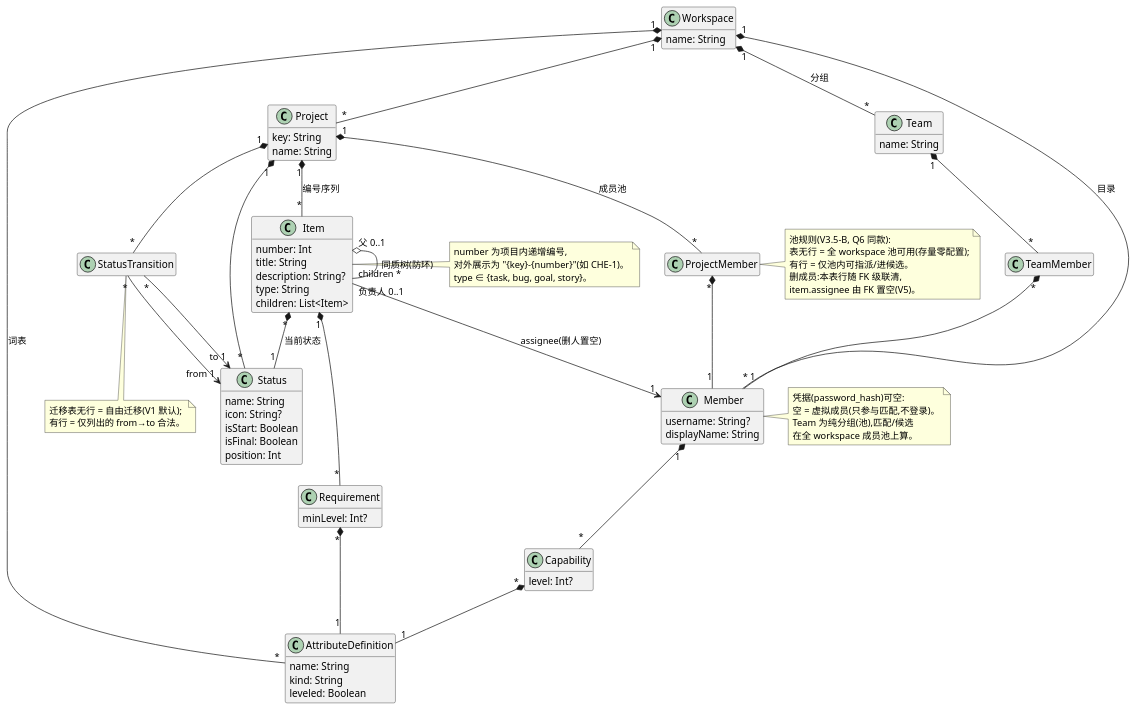
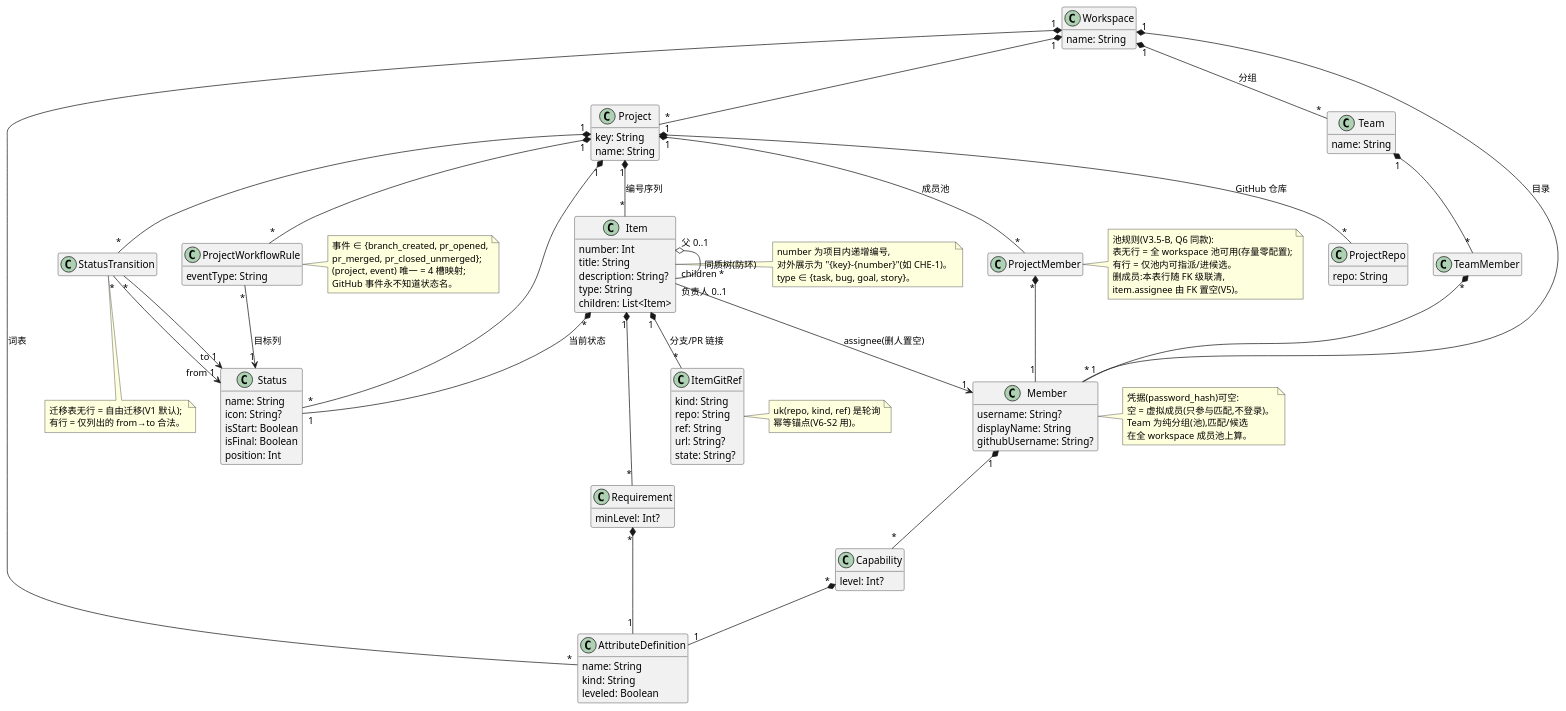
The diagram in docs/architecture/entities.puml (jcwhmn/yangzhou), drawn with PlantUML before and after one commit. The commit also changed 10 other files, not shown here.

Commit message:
JCW-110: V6-S1 GitHub 集成配置面——V12 migration(workspace PAT/member.github_username/project_repo/item_git_ref/project_workflow_rule)+ 配置 API(token 尾4位回显/仓库 CRUD/事件→状态 4 槽映射/github_username)+ 5 黑盒测试;附 V6 spec(0004)与 entities.puml 同步

```diff
--- a/docs/architecture/entities.puml
+++ b/docs/architecture/entities.puml
@@ -1,101 +1,129 @@
 @startuml
 hide empty members
-' yangzhou.persistence — schema 实体概念图(V1__core.sql + V2__workflow.sql)
+' yangzhou.persistence — schema 实体概念图(V1__core.sql + V2__workflow.sql + V12__github_config.sql)
 ' 只画领域字段;infra(id/objectId/createdAt/updatedAt/passwordHash/lastItemNumber)不画;
 ' parentId 不画,反转为父侧 children(List)。真相源是 Flyway schema:改表必须同步此图(AGENTS.md「类图」)。
 hide empty members
 skinparam classAttributeIconSize 0
 
 class Workspace {
   name: String
 }
 class Member {
   username: String?
   displayName: String
+  githubUsername: String?
 }
 class AttributeDefinition {
   name: String
   kind: String
   leveled: Boolean
 }
 class Capability {
   level: Int?
 }
 class Project {
   key: String
   name: String
 }
 class ProjectMember
 class Status {
   name: String
   icon: String?
   isStart: Boolean
   isFinal: Boolean
   position: Int
 }
 class StatusTransition
+class ProjectRepo {
+  repo: String
+}
+class ItemGitRef {
+  kind: String
+  repo: String
+  ref: String
+  url: String?
+  state: String?
+}
+class ProjectWorkflowRule {
+  eventType: String
+}
 class Team {
   name: String
 }
 class Item {
   number: Int
   title: String
   description: String?
   type: String
   children: List<Item>
 }
 class Requirement {
   minLevel: Int?
 }
 
 Workspace "1" *-- "*" Member : 目录
 Workspace "1" *-- "*" AttributeDefinition : 词表
 Workspace "1" *-- "*" Team : 分组
 Team "1" *-- "*" TeamMember
 TeamMember "*" *-- "1" Member
 
 Workspace "1" *-- "*" Project
 
 Member "1" *-- "*" Capability
 Capability "*" *-- "1" AttributeDefinition
 
 Project "1" *-- "*" Item : 编号序列
 Project "1" *-- "*" Status
 Project "1" *-- "*" StatusTransition
 Project "1" *-- "*" ProjectMember : 成员池
+Project "1" *-- "*" ProjectRepo : GitHub 仓库
+Project "1" *-- "*" ProjectWorkflowRule
+ProjectWorkflowRule "*" --> "1" Status : 目标列
+Item "1" *-- "*" ItemGitRef : 分支/PR 链接
 ProjectMember "*" *-- "1" Member
 
 note right of ProjectMember
   池规则(V3.5-B, Q6 同款):
   表无行 = 全 workspace 池可用(存量零配置);
   有行 = 仅池内可指派/进候选。
   删成员:本表行随 FK 级联清,
   item.assignee 由 FK 置空(V5)。
 end note
 
 Item "父 0..1" o-- "children *" Item : 同质树(防环)
 
 Item "负责人 0..1" --> "1" Member : assignee(删人置空)
 Item "*" *-- "1" Status : 当前状态
 Item "1" *-- "*" Requirement
 Requirement "*" *-- "1" AttributeDefinition
 
 StatusTransition "*" --> "from 1" Status
 StatusTransition "*" --> "to 1" Status
 
+note right of ProjectWorkflowRule
+  事件 ∈ {branch_created, pr_opened,
+  pr_merged, pr_closed_unmerged};
+  (project, event) 唯一 = 4 槽映射;
+  GitHub 事件永不知道状态名。
+end note
+note right of ItemGitRef
+  uk(repo, kind, ref) 是轮询
+  幂等锚点(V6-S2 用)。
+end note
 note bottom of StatusTransition
   迁移表无行 = 自由迁移(V1 默认);
   有行 = 仅列出的 from→to 合法。
 end note
 note right of Member
   凭据(password_hash)可空:
   空 = 虚拟成员(只参与匹配,不登录)。
   Team 为纯分组(池),匹配/候选
   在全 workspace 成员池上算。
 end note
 note right of Item
   number 为项目内递增编号,
   对外展示为 "{key}-{number}"(如 CHE-1)。
   type ∈ {task, bug, goal, story}。
 end note
 @enduml
```
